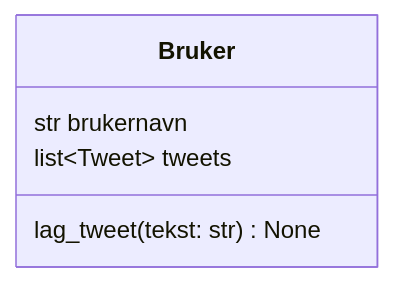
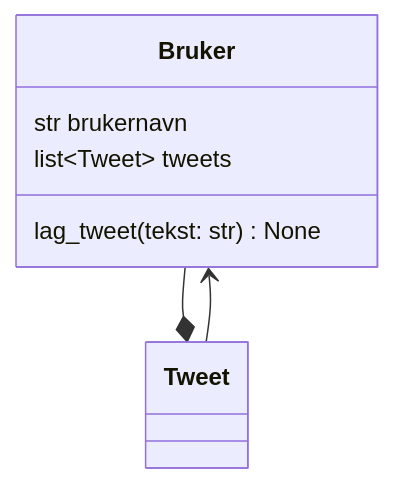
The diagram in src/content/docs/twitter/3-bruker.mdx (thorcc/it2-bok), drawn with Mermaid before and after one commit. The commit also changed other lines of this file and 3 other files, not shown here.

````diff
--- a/src/content/docs/twitter/3-bruker.mdx
+++ b/src/content/docs/twitter/3-bruker.mdx
@@ -27,8 +7,10 @@
 ```mermaid
 classDiagram
 class Bruker {
     str brukernavn
     list~Tweet~ tweets
     lag_tweet(tekst: str) None
 }
+Bruker --* Tweet
+Tweet --> Bruker
 ```
````
